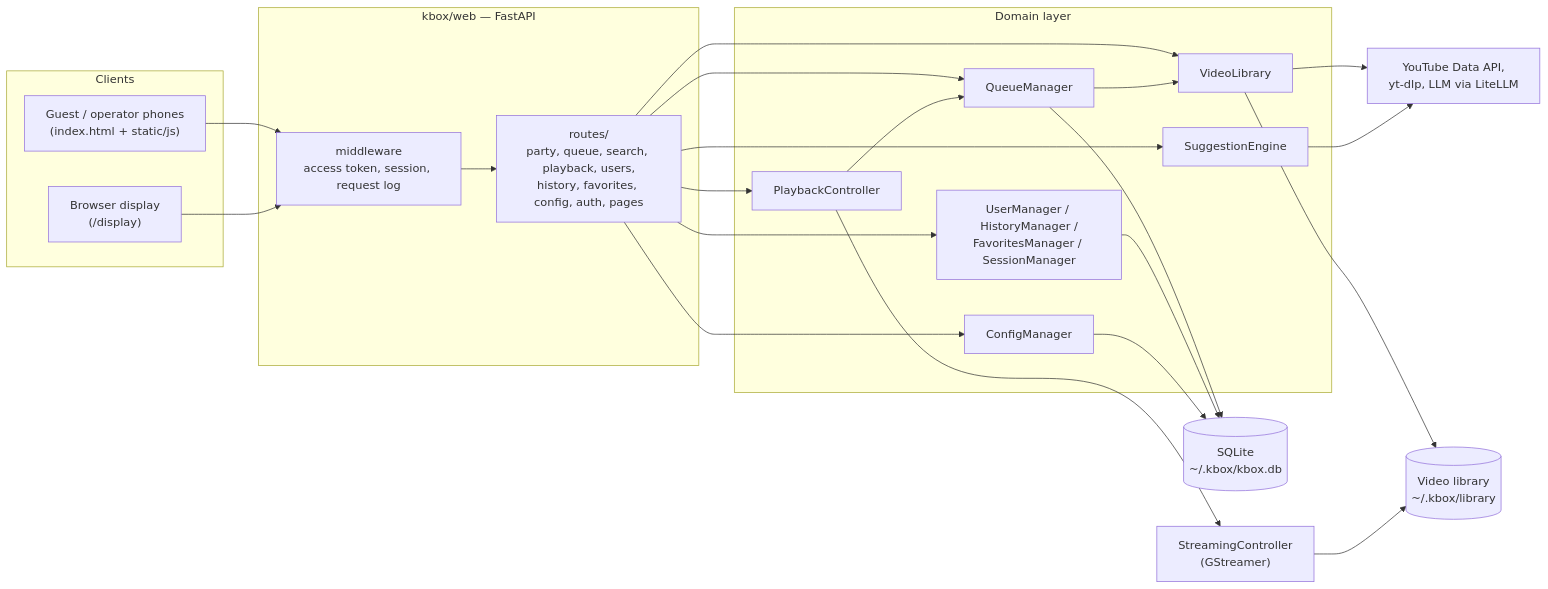
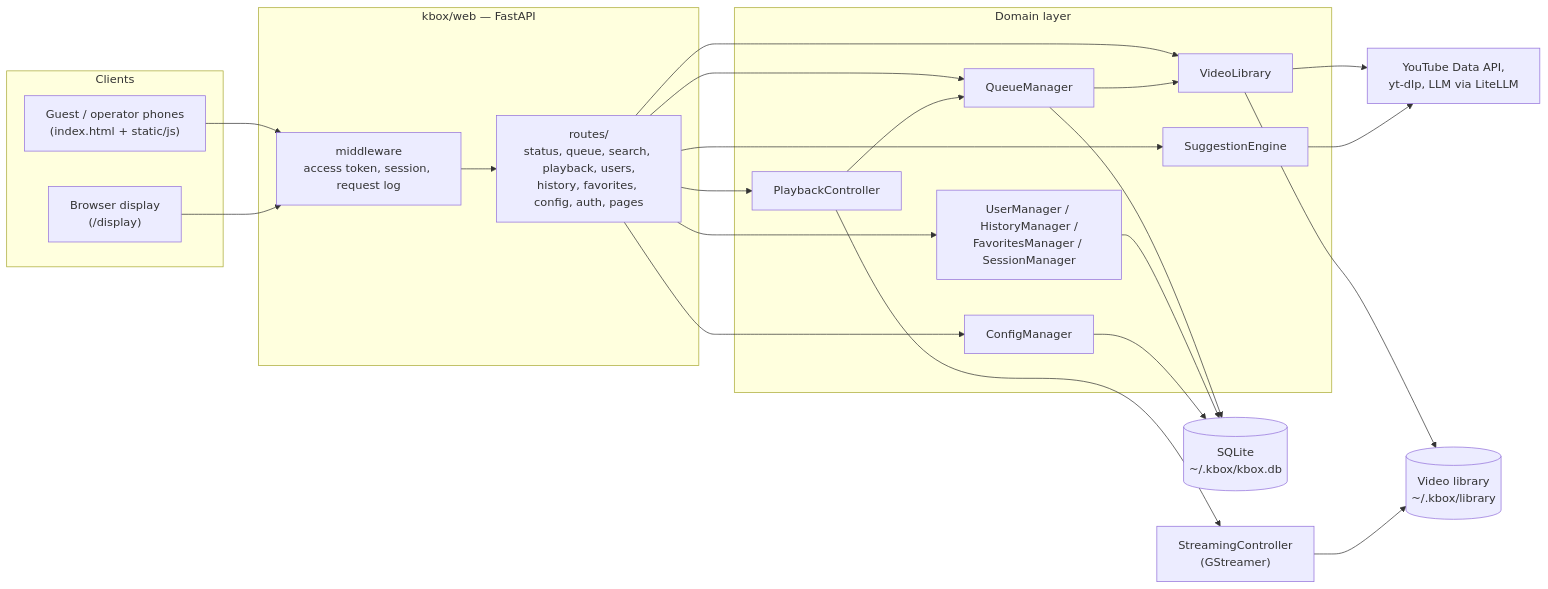
Before and after one commit to mdz/kbox: the diagram in docs/development/architecture.md, drawn with Mermaid. The commit also changed other lines of this file and 17 other files, not shown here.

````diff
--- a/docs/development/architecture.md
+++ b/docs/development/architecture.md
@@ -15,37 +15,37 @@
 ```mermaid
 flowchart LR
     subgraph clients["Clients"]
         PHONE["Guest / operator phones<br/>(index.html + static/js)"]
         TV["Browser display<br/>(/display)"]
     end
 
     subgraph web["kbox/web — FastAPI"]
         MW["middleware<br/>access token, session, request log"]
-        ROUTES["routes/<br/>party, queue, search, playback, users,<br/>history, favorites, config, auth, pages"]
+        ROUTES["routes/<br/>status, queue, search, playback, users,<br/>history, favorites, config, auth, pages"]
     end
 
     subgraph core["Domain layer"]
         QM[QueueManager]
         PC[PlaybackController]
         VL[VideoLibrary]
         SE[SuggestionEngine]
         UM["UserManager / HistoryManager /<br/>FavoritesManager / SessionManager"]
         CM[ConfigManager]
     end
 
     SC["StreamingController<br/>(GStreamer)"]
     DB[("SQLite<br/>~/.kbox/kbox.db")]
     LIB[("Video library<br/>~/.kbox/library")]
     EXT["YouTube Data API,<br/>yt-dlp, LLM via LiteLLM"]
 
     PHONE --> MW --> ROUTES
     TV --> MW
     ROUTES --> QM & PC & VL & SE & UM & CM
     PC --> QM & SC
     QM --> VL
     VL --> EXT
     SE --> EXT
     VL --> LIB
     QM & UM & CM --> DB
     SC --> LIB
 ```
````
